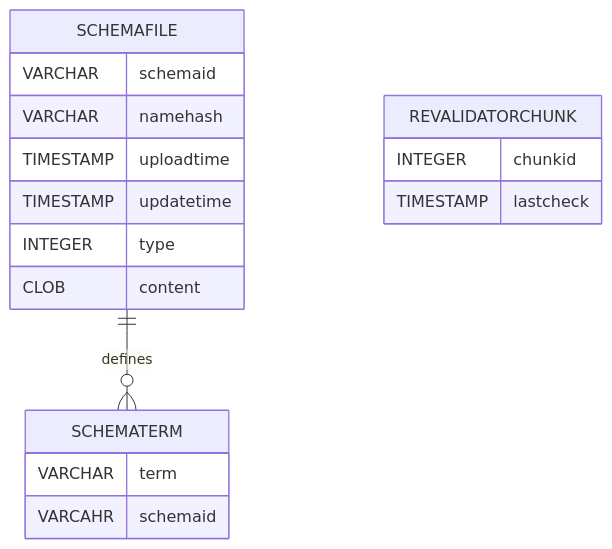
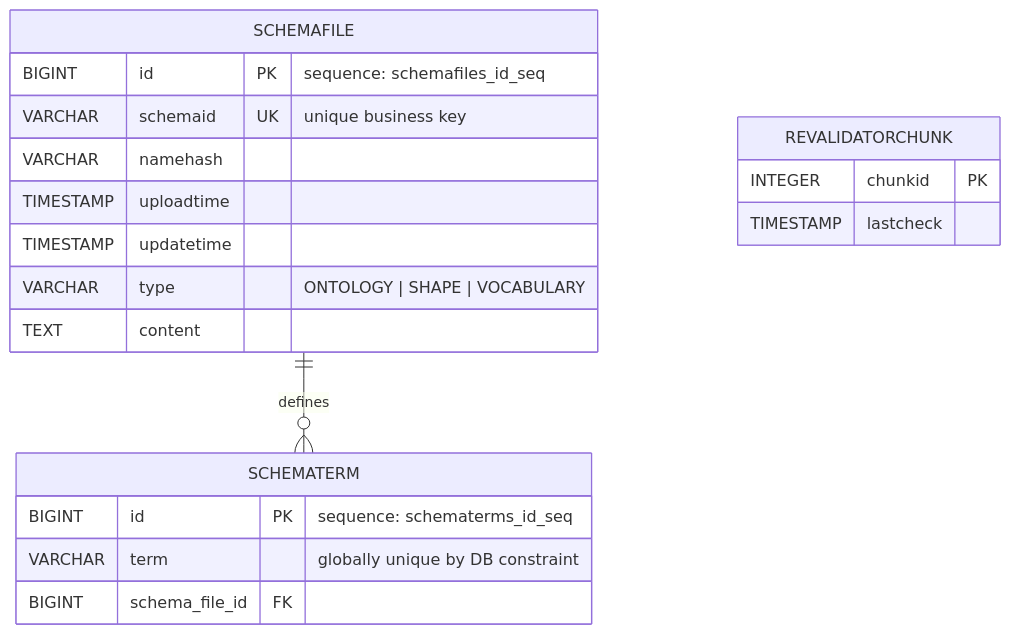
One commit to federated-catalogue-enhancements-2026/docs changed the sixth of 12 diagrams in federated-catalogue/src/docs/architecture/chapters/05_building_block_view.adoc. Above: the diagram before and after it, drawn with Mermaid. The commit also changed other lines of this file, not shown here.

```diff
--- a/federated-catalogue/src/docs/architecture/chapters/05_building_block_view.adoc
+++ b/federated-catalogue/src/docs/architecture/chapters/05_building_block_view.adoc
@@ -716,24 +719,26 @@
 [mermaid, width=2000]
 ....
 erDiagram
     SCHEMAFILE {
-        VARCHAR schemaid
+        BIGINT id PK "sequence: schemafiles_id_seq"
+        VARCHAR schemaid UK "unique business key"
         VARCHAR namehash
         TIMESTAMP uploadtime
         TIMESTAMP updatetime
-        INTEGER type
-        CLOB content
+        VARCHAR type "ONTOLOGY | SHAPE | VOCABULARY"
+        TEXT content
     }
 
     SCHEMATERM {
-        VARCHAR term
-        VARCAHR schemaid
+        BIGINT id PK "sequence: schematerms_id_seq"
+        VARCHAR term "globally unique by DB constraint"
+        BIGINT schema_file_id FK
     }
 
     REVALIDATORCHUNK {
-        INTEGER chunkid
+        INTEGER chunkid PK
         TIMESTAMP lastcheck
     }
 
-    SCHEMAFILE || -- o{ SCHEMATERM: defines
+    SCHEMAFILE ||--o{ SCHEMATERM : defines
 ....
```
